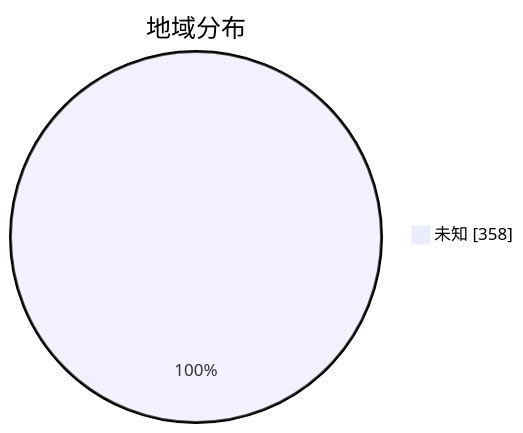
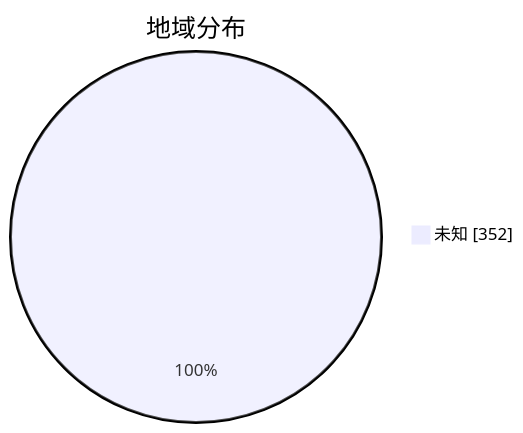
Before and after one commit to qjlxg/airport: the second of 3 diagrams in subs/statistics/tested_within.md, drawn with Mermaid. The commit also changed other lines of this file and 2 other files, not shown here.

````diff
--- a/subs/statistics/tested_within.md
+++ b/subs/statistics/tested_within.md
@@ -13,5 +14,5 @@
 ```mermaid
 pie showData
 title 地域分布
-"未知" : 358
+"未知" : 352
 ```
````
